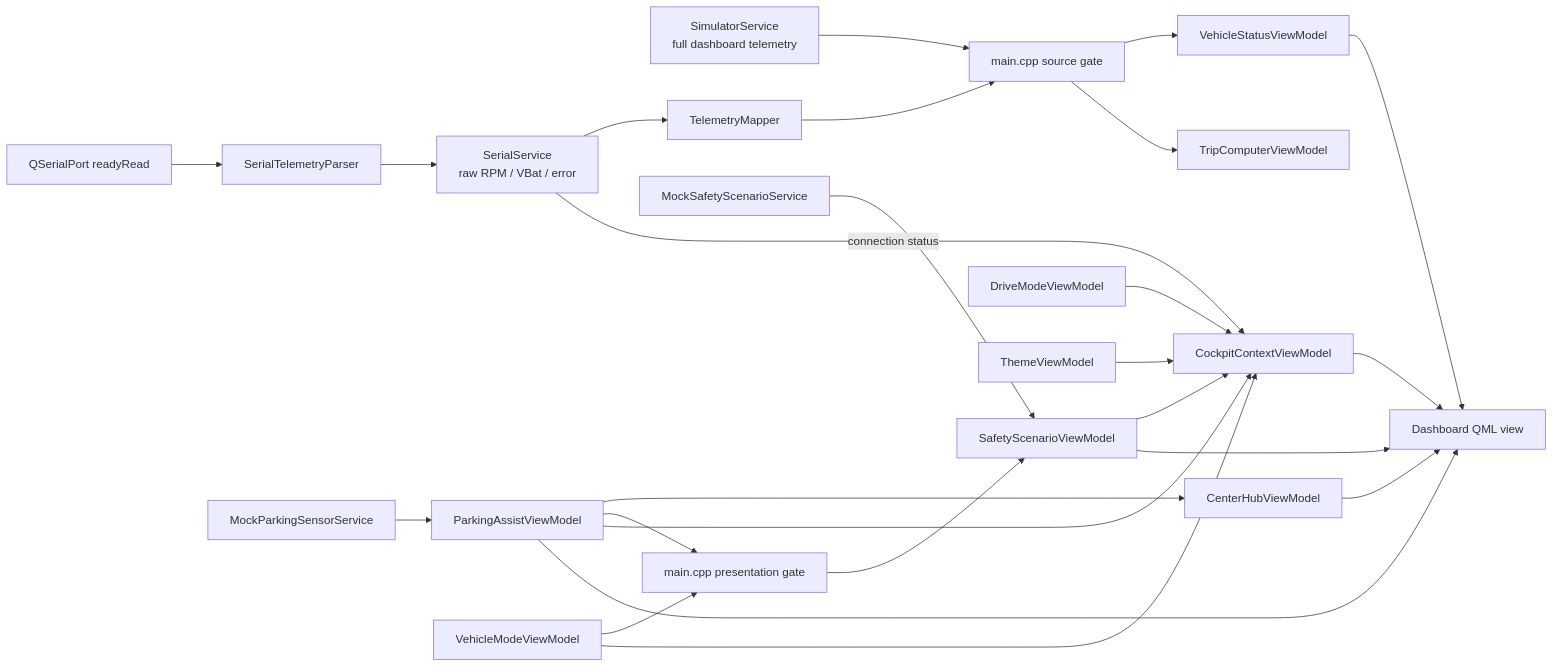
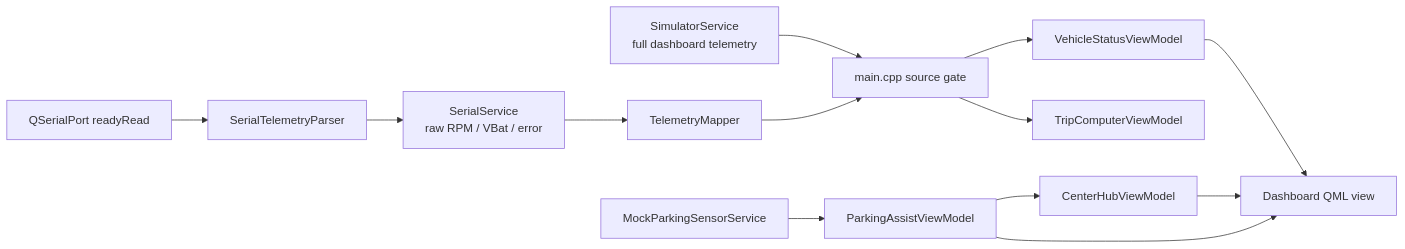
The diagram in README.md (BUITANHUNG0411/CyberDash-STM32), drawn with Mermaid before and after one commit. The commit also changed other lines of this file and 70 other files, not shown here.

````diff
--- a/README.md
+++ b/README.md
@@ -47,27 +41,15 @@
 ```mermaid
 flowchart LR
     Simulator[SimulatorService<br/>full dashboard telemetry] --> Gate[main.cpp source gate]
     Port[QSerialPort readyRead] --> Parser[SerialTelemetryParser]
     Parser --> Serial[SerialService<br/>raw RPM / VBat / error]
     Serial --> Mapper[TelemetryMapper]
     Mapper --> Gate
     Gate --> Vehicle[VehicleStatusViewModel]
     Gate --> Trip[TripComputerViewModel]
     ParkingSource[MockParkingSensorService] --> Parking[ParkingAssistViewModel]
     Parking --> Hub[CenterHubViewModel]
-    SafetySource[MockSafetyScenarioService] --> Safety[SafetyScenarioViewModel]
-    VehicleMode[VehicleModeViewModel] --> SafetyGate[main.cpp presentation gate]
-    Parking --> SafetyGate
-    SafetyGate --> Safety
-    VehicleMode --> Context[CockpitContextViewModel]
-    DriveMode[DriveModeViewModel] --> Context
-    Theme[ThemeViewModel] --> Context
-    Serial -->|connection status| Context
-    Parking --> Context
-    Safety --> Context
     Vehicle --> DashboardQML[Dashboard QML view]
     Hub --> DashboardQML
     Parking --> DashboardQML
-    Safety --> DashboardQML
-    Context --> DashboardQML
 ```
````
